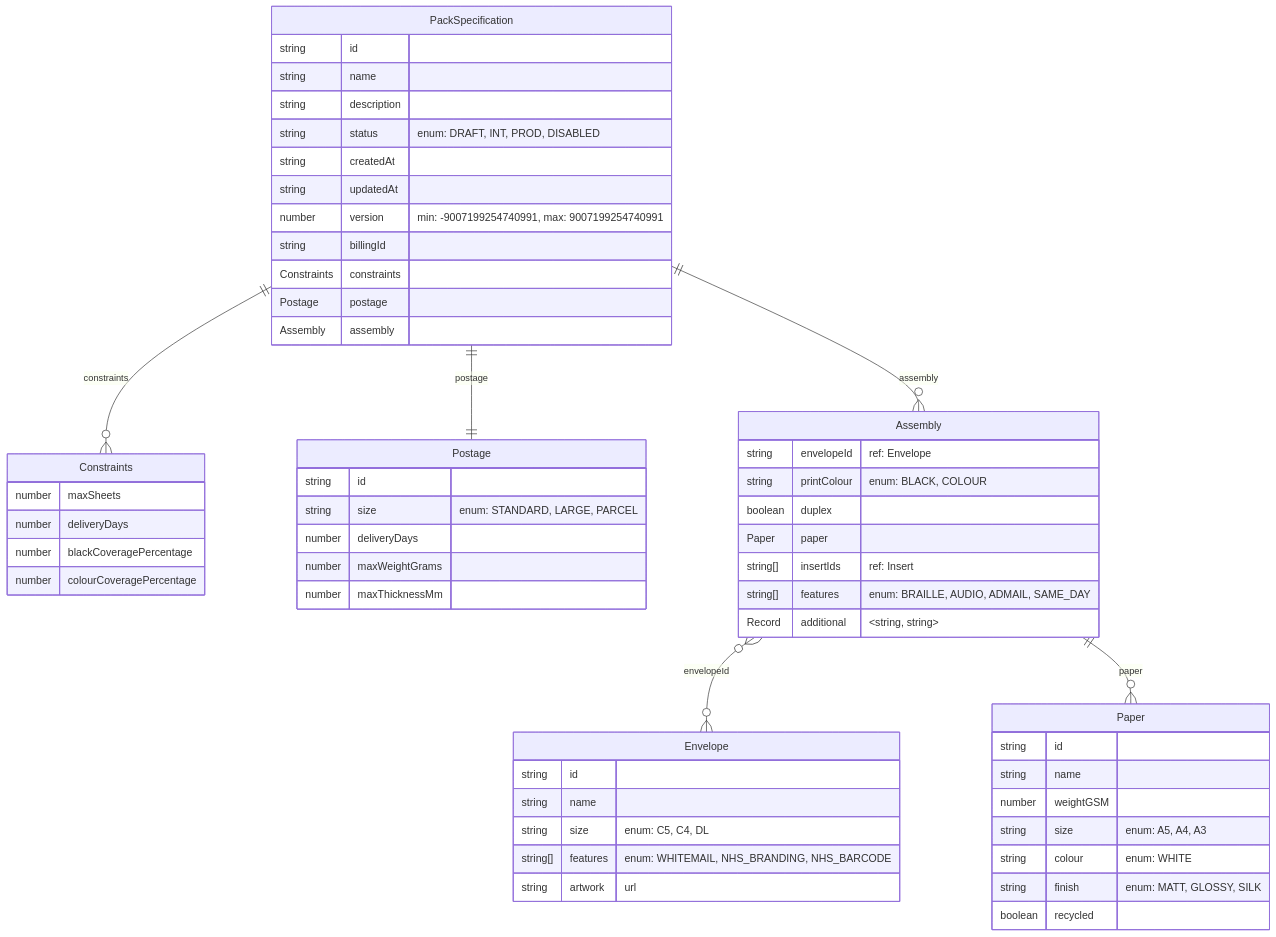
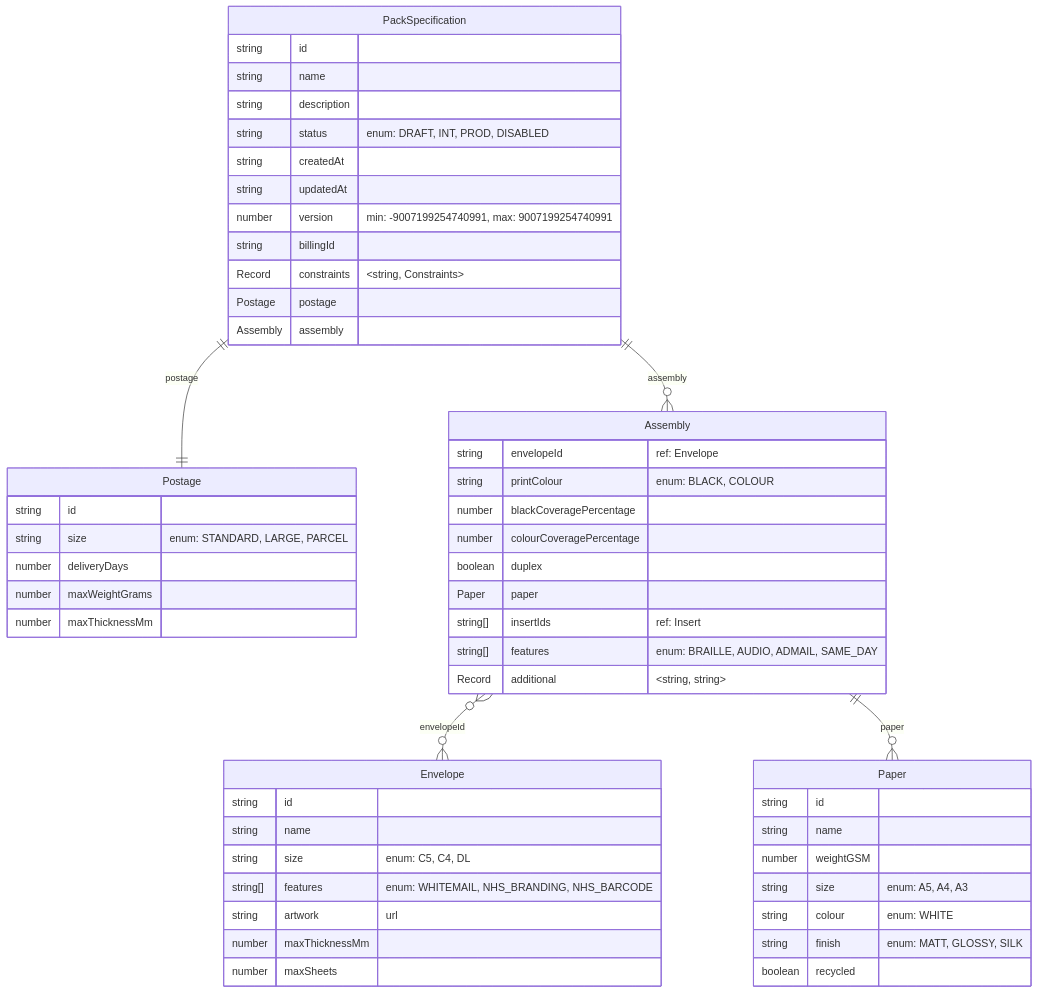
One commit to uk-gov-mirror/nhsdigital.nhs-notify-supplier-config changed the third of 5 diagrams in packages/events/src/domain/erd.md. Above: the diagram before and after it, drawn with Mermaid. The commit also changed other lines of this file and 19 other files, not shown here.

Commit message:
Add constraints validation to PackSpecification and related tests

````diff
--- a/packages/events/src/domain/erd.md
+++ b/packages/events/src/domain/erd.md
@@ -162,59 +145,56 @@
 ```mermaid
 erDiagram
     PackSpecification {
         string id
         string name
         string description
         string status "enum: DRAFT, INT, PROD, DISABLED"
         string createdAt
         string updatedAt
         number version "min: -9007199254740991, max: 9007199254740991"
         string billingId
-        Constraints constraints
+        Record constraints "&lt;string, Constraints&gt;"
         Postage postage
         Assembly assembly
-    }
-    Constraints {
-        number maxSheets
-        number deliveryDays
-        number blackCoveragePercentage
-        number colourCoveragePercentage
     }
     Postage {
         string id
         string size "enum: STANDARD, LARGE, PARCEL"
         number deliveryDays
         number maxWeightGrams
         number maxThicknessMm
     }
     Assembly {
         string envelopeId "ref: Envelope"
         string printColour "enum: BLACK, COLOUR"
+        number blackCoveragePercentage
+        number colourCoveragePercentage
         boolean duplex
         Paper paper
         string[] insertIds "ref: Insert"
         string[] features "enum: BRAILLE, AUDIO, ADMAIL, SAME_DAY"
         Record additional "&lt;string, string&gt;"
     }
     Paper {
         string id
         string name
         number weightGSM
         string size "enum: A5, A4, A3"
         string colour "enum: WHITE"
         string finish "enum: MATT, GLOSSY, SILK"
         boolean recycled
     }
     Envelope {
         string id
         string name
         string size "enum: C5, C4, DL"
         string[] features "enum: WHITEMAIL, NHS_BRANDING, NHS_BARCODE"
         string artwork "url"
+        number maxThicknessMm
+        number maxSheets
     }
-    PackSpecification ||--o{ Constraints : "constraints"
     PackSpecification ||--|| Postage : "postage"
     PackSpecification ||--o{ Assembly : "assembly"
     Assembly }o--o{ Envelope : "envelopeId"
     Assembly ||--o{ Paper : "paper"
 ```
````
